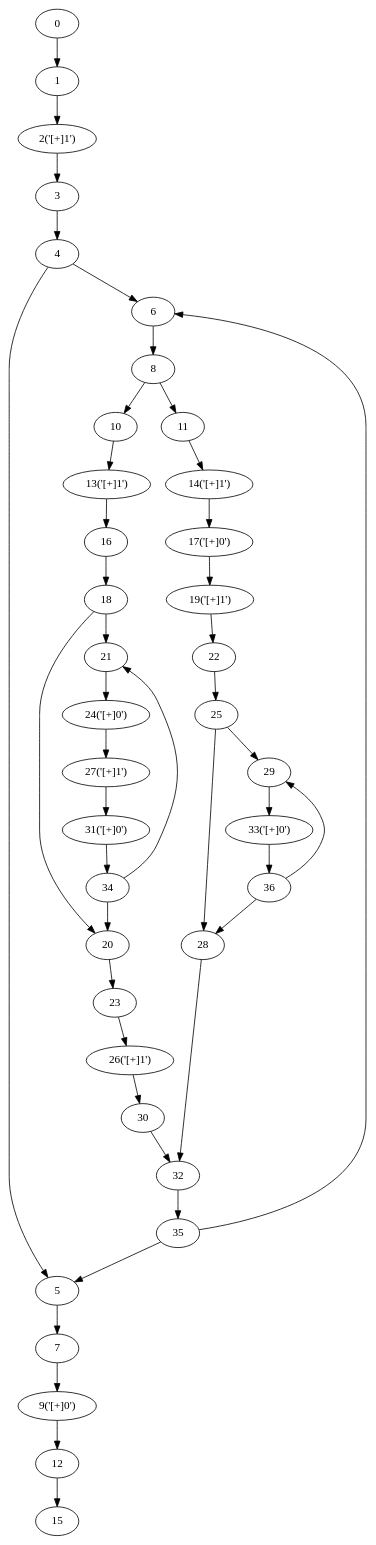
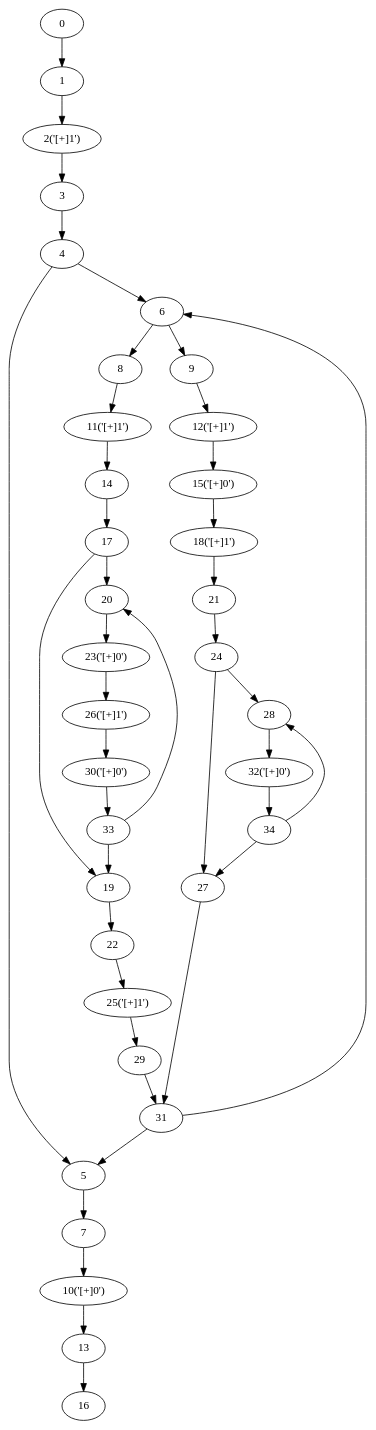
The diagram in NRegex.Test/Graphs/TestMethod09.dot (yyl-20020115/NRegEx), drawn with Graphviz before and after one commit. The commit also changed 15 other files, not shown here.

```diff
--- a/NRegex.Test/Graphs/TestMethod09.dot
+++ b/NRegex.Test/Graphs/TestMethod09.dot
@@ -1,82 +1,78 @@
 digraph g {
 	0 ;
 	1 ;
 	2 [label="2('[+]1')"];
 	3 ;
 	4 ;
 	5 ;
 	6 ;
 	7 ;
 	8 ;
-	9 [label="9('[+]0')"];
-	10 ;
-	11 ;
-	12 ;
-	13 [label="13('[+]1')"];
-	14 [label="14('[+]1')"];
-	15 ;
+	9 ;
+	10 [label="10('[+]0')"];
+	11 [label="11('[+]1')"];
+	12 [label="12('[+]1')"];
+	13 ;
+	14 ;
+	15 [label="15('[+]0')"];
 	16 ;
-	17 [label="17('[+]0')"];
-	18 ;
-	19 [label="19('[+]1')"];
+	17 ;
+	18 [label="18('[+]1')"];
+	19 ;
 	20 ;
 	21 ;
 	22 ;
-	23 ;
-	24 [label="24('[+]0')"];
-	25 ;
+	23 [label="23('[+]0')"];
+	24 ;
+	25 [label="25('[+]1')"];
 	26 [label="26('[+]1')"];
-	27 [label="27('[+]1')"];
+	27 ;
 	28 ;
 	29 ;
-	30 ;
-	31 [label="31('[+]0')"];
-	32 ;
-	33 [label="33('[+]0')"];
+	30 [label="30('[+]0')"];
+	31 ;
+	32 [label="32('[+]0')"];
+	33 ;
 	34 ;
-	35 ;
-	36 ;
 	0->1;
 	1->2;
 	2->3;
 	3->4;
 	4->5;
-	35->5;
+	31->5;
 	4->6;
-	35->6;
+	31->6;
 	5->7;
 	6->8;
-	7->9;
-	8->10;
+	6->9;
+	7->10;
 	8->11;
 	9->12;
 	10->13;
 	11->14;
 	12->15;
 	13->16;
 	14->17;
-	16->18;
+	15->18;
 	17->19;
-	18->20;
-	34->20;
+	33->19;
+	17->20;
+	33->20;
 	18->21;
-	34->21;
 	19->22;
 	20->23;
 	21->24;
 	22->25;
 	23->26;
 	24->27;
-	25->28;
-	36->28;
+	34->27;
+	24->28;
+	34->28;
 	25->29;
-	36->29;
 	26->30;
 	27->31;
+	29->31;
 	28->32;
-	30->32;
-	29->33;
-	31->34;
-	32->35;
-	33->36;
+	30->33;
+	32->34;
 }
```
